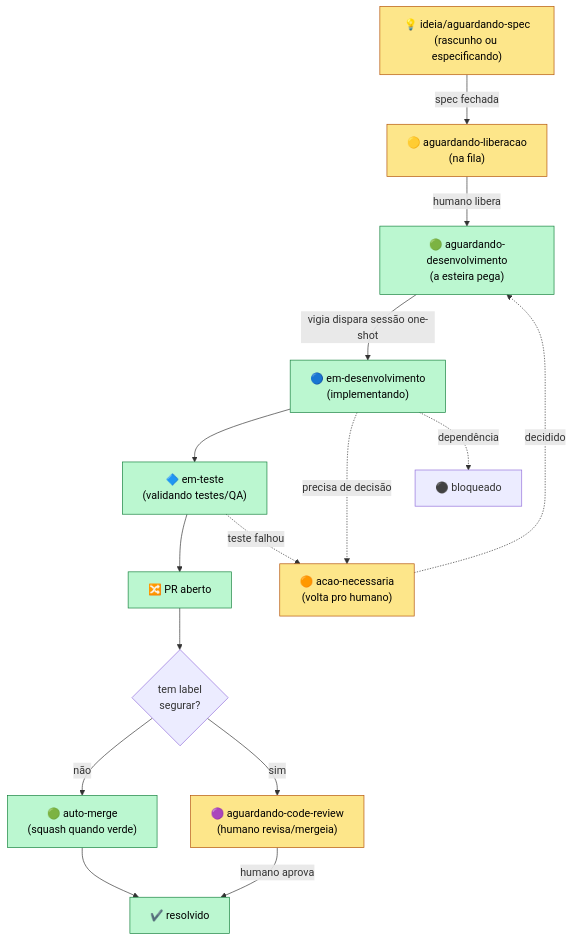
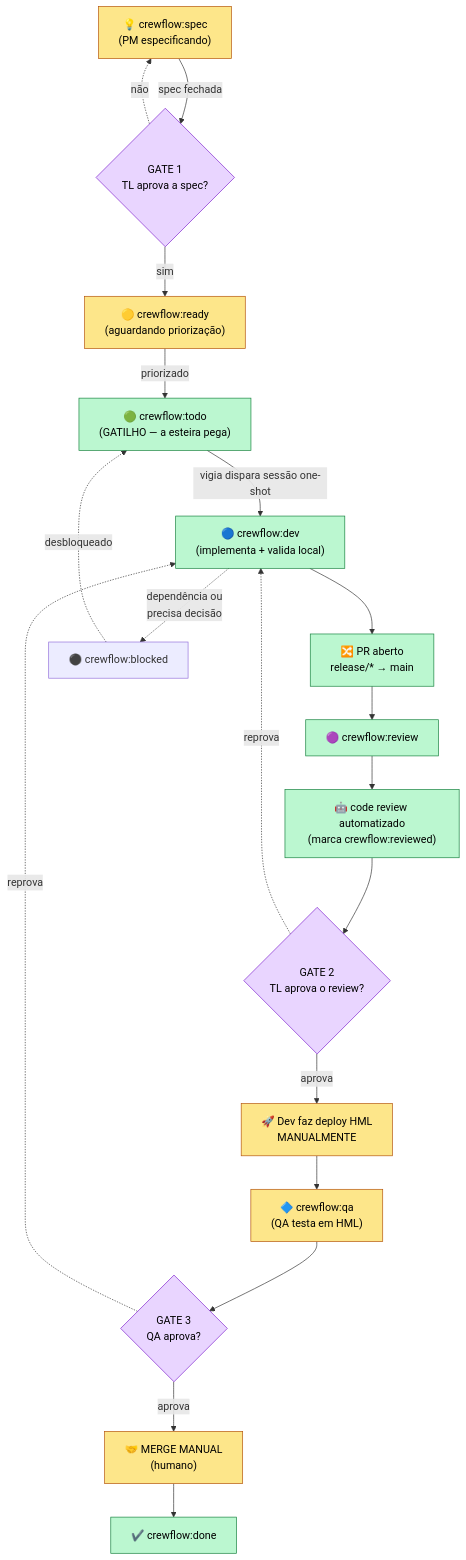
Before and after one commit to eliasrosa/kirocrew-flow: the diagram in .kiro/steering/fluxo.md, drawn with Mermaid. The commit also changed other lines of this file and 4 other files, not shown here.

First line of the commit message:
refactor: alinha esteira ao padrão crewflow e remove auto-merge

````diff
--- a/.kiro/steering/fluxo.md
+++ b/.kiro/steering/fluxo.md
@@ -16,22 +20,29 @@
 ```mermaid
 flowchart TD
-    A["💡 ideia/aguardando-spec<br/>(rascunho ou especificando)"] -->|spec fechada| B["🟡 aguardando-liberacao<br/>(na fila)"]
-    B -->|humano libera| C["🟢 aguardando-desenvolvimento<br/>(a esteira pega)"]
-    C -->|vigia dispara sessão one-shot| D["🔵 em-desenvolvimento<br/>(implementando)"]
-    D --> T["🔷 em-teste<br/>(validando testes/QA)"]
-    T --> E["🔀 PR aberto"]
-    E --> F{"tem label<br/>segurar?"}
-    F -->|não| G["🟢 auto-merge<br/>(squash quando verde)"]
-    F -->|sim| H["🟣 aguardando-code-review<br/>(humano revisa/mergeia)"]
-    G --> I["✔️ resolvido"]
-    H -->|humano aprova| I
-    D -.->|precisa de decisão| J["🟠 acao-necessaria<br/>(volta pro humano)"]
-    T -.->|teste falhou| J
-    D -.->|dependência| K["⚫ bloqueado"]
-    J -.->|decidido| C
+    A["💡 crewflow:spec<br/>(PM especificando)"] -->|spec fechada| G0{"GATE 1<br/>TL aprova a spec?"}
+    G0 -->|sim| B["🟡 crewflow:ready<br/>(aguardando priorização)"]
+    G0 -.->|não| A
+    B -->|priorizado| C["🟢 crewflow:todo<br/>(GATILHO — a esteira pega)"]
+    C -->|vigia dispara sessão one-shot| D["🔵 crewflow:dev<br/>(implementa + valida local)"]
+    D --> E["🔀 PR aberto<br/>release/* → main"]
+    E --> R["🟣 crewflow:review"]
+    R --> BOT["🤖 code review automatizado<br/>(marca crewflow:reviewed)"]
+    BOT --> G1{"GATE 2<br/>TL aprova o review?"}
+    G1 -.->|reprova| D
+    G1 -->|aprova| HML["🚀 Dev faz deploy HML<br/>MANUALMENTE"]
+    HML --> Q["🔷 crewflow:qa<br/>(QA testa em HML)"]
+    Q --> G2{"GATE 3<br/>QA aprova?"}
+    G2 -.->|reprova| D
+    G2 -->|aprova| M["🤝 MERGE MANUAL<br/>(humano)"]
+    M --> I["✔️ crewflow:done"]
+
+    D -.->|dependência ou<br/>precisa decisão| K["⚫ crewflow:blocked"]
+    K -.->|desbloqueado| C
 
     classDef human fill:#fde68a,stroke:#b45309,color:#000
     classDef auto fill:#bbf7d0,stroke:#15803d,color:#000
-    class A,B,H,J human
-    class C,D,T,E,G,I auto
+    classDef gate fill:#e9d5ff,stroke:#7e22ce,color:#000
+    class A,B,HML,Q,M human
+    class C,D,E,R,BOT,I auto
+    class G0,G1,G2 gate
 ```
````
